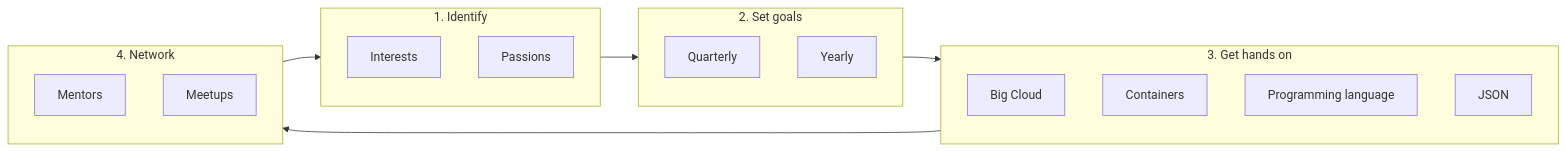
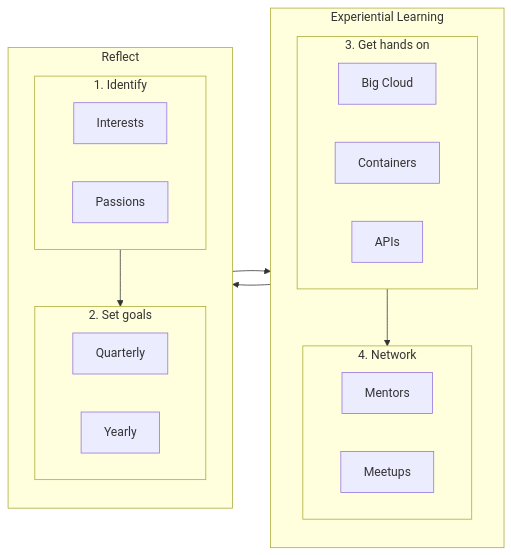
The diagram in career_plans.md (yichehnc/SelfDirectedCareers), drawn with Mermaid before and after one commit. The commit also changed other lines of this file, not shown here.

Commit message:
doc(career): increase clarity of diagram and sections

````diff
--- a/career_plans.md
+++ b/career_plans.md
@@ -4,30 +4,36 @@
 ```mermaid
 graph LR
-    subgraph Identify[1. Identify]
-      Interests
-      Passions
+    subgraph learn[Experiential Learning]
+
+        subgraph Experience[3. Get hands on]
+          Cloud[Big Cloud]
+          Containers
+          APIs 
+        end
+
+        subgraph Network[4. Network]
+          Mentors
+          Meetups
+        end
     end
 
-    subgraph Goals[2. Set goals]
-      Quarterly
-      Yearly
+    subgraph brainstorm[Reflect]
+
+        subgraph Identify[1. Identify]
+          Interests
+          Passions
+        end
+
+        subgraph Goals[2. Set goals]
+          Quarterly
+          Yearly
+        end
     end
 
 
-    subgraph Experience[3. Get hands on]
-      Cloud[Big Cloud]
-      Containers
-      Language[Programming language]
-      JSON
-    end
-
-    subgraph Network[4. Network]
-      Mentors
-      Meetups
-    end
 
     Identify --> Goals
-    Goals --> Experience
     Experience --> Network
-    Network --> Identify
+    learn --> brainstorm
+    brainstorm --> learn
 ```
````
